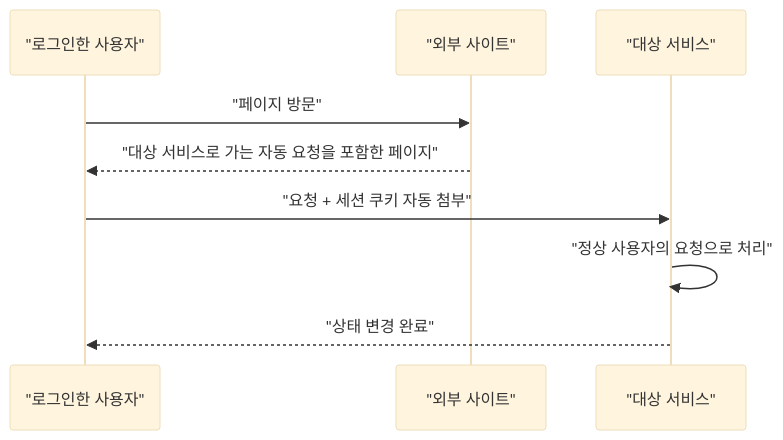
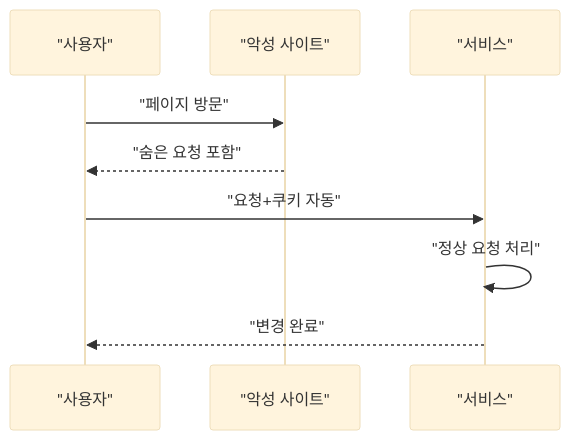
One commit to logiciris/logiciris.github.io changed the diagram in _notes/csrf.md. Above: the diagram before and after it, drawn with Mermaid (base theme). The commit also changed other lines of this file and 28 other files, not shown here.

Commit message:
Notes batches 1-2: qa fixes (accuracy, links, mermaid labels)

````diff
--- a/_notes/csrf.md
+++ b/_notes/csrf.md
@@ -22,11 +22,11 @@
 ```mermaid
 sequenceDiagram
-    participant U as "로그인한 사용자"
-    participant E as "외부 사이트"
-    participant S as "대상 서비스"
+    participant U as "사용자"
+    participant E as "악성 사이트"
+    participant S as "서비스"
     U->>E: "페이지 방문"
-    E-->>U: "대상 서비스로 가는 자동 요청을 포함한 페이지"
-    U->>S: "요청 + 세션 쿠키 자동 첨부"
-    S->>S: "정상 사용자의 요청으로 처리"
-    S-->>U: "상태 변경 완료"
+    E-->>U: "숨은 요청 포함"
+    U->>S: "요청+쿠키 자동"
+    S->>S: "정상 요청 처리"
+    S-->>U: "변경 완료"
 ```
````
